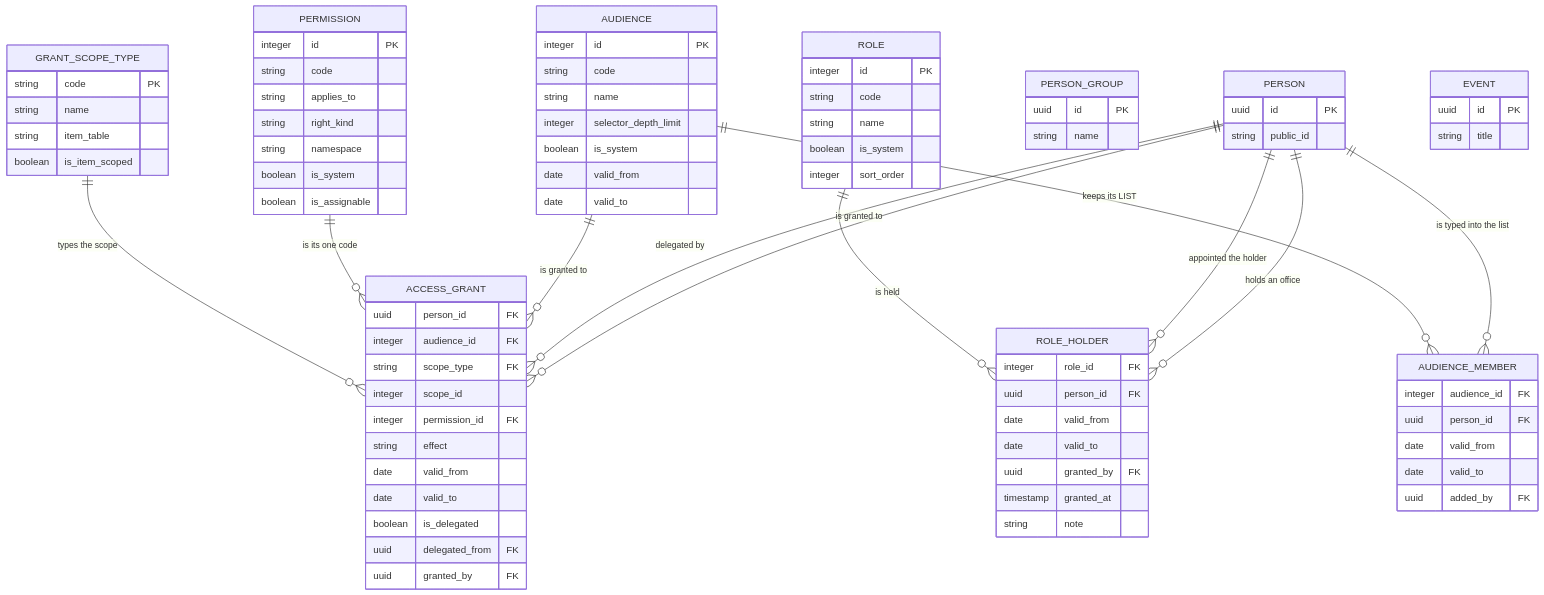
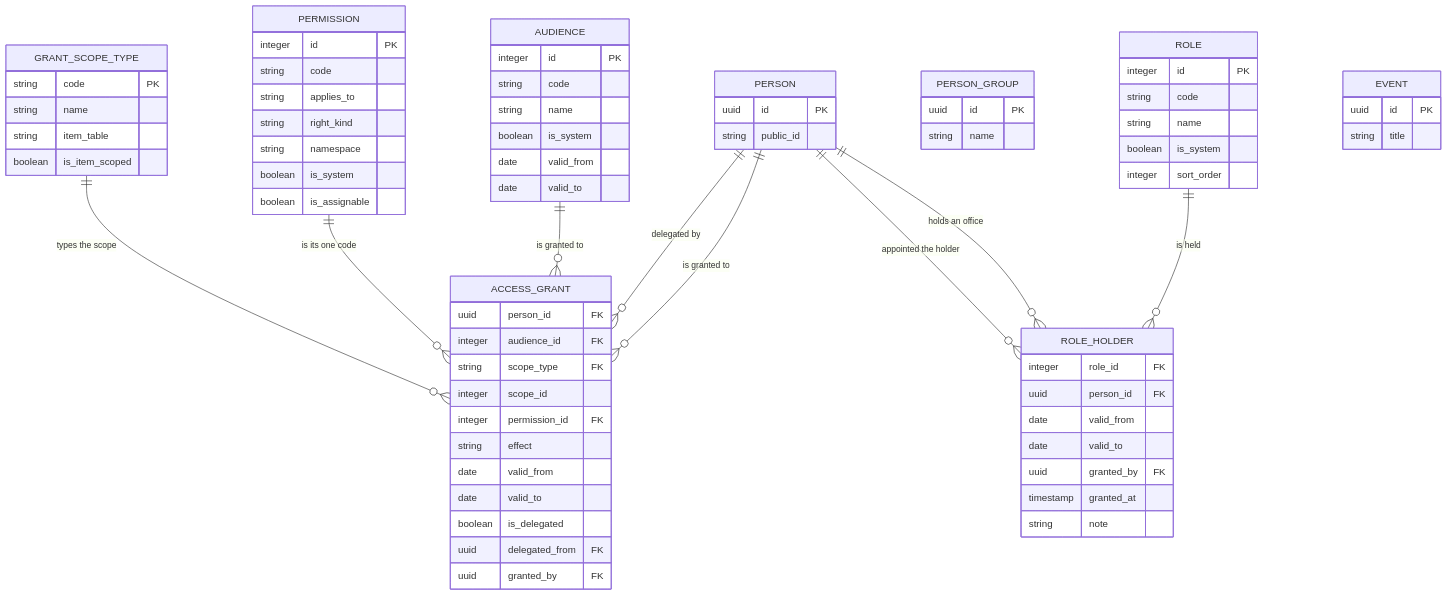
The sixth of 8 diagrams in docs/appendix/erd.md (azduha/taborak-specification), drawn with Mermaid before and after one commit. The commit also changed other lines of this file and 12 other files, not shown here.

````diff
--- a/docs/appendix/erd.md
+++ b/docs/appendix/erd.md
@@ -585,17 +586,9 @@
         integer id PK
         string code
         string name
-        integer selector_depth_limit
         boolean is_system
         date valid_from
         date valid_to
-    }
-    AUDIENCE_MEMBER {
-        integer audience_id FK
-        uuid person_id FK
-        date valid_from
-        date valid_to
-        uuid added_by FK
     }
     PERSON_GROUP {
         uuid id PK
@@ -617,6 +610,4 @@
     AUDIENCE ||--o{ ACCESS_GRANT : "is granted to"
     PERMISSION ||--o{ ACCESS_GRANT : "is its one code"
     GRANT_SCOPE_TYPE ||--o{ ACCESS_GRANT : "types the scope"
-    PERSON ||--o{ AUDIENCE_MEMBER : "is typed into the list"
-    AUDIENCE ||--o{ AUDIENCE_MEMBER : "keeps its LIST"
 ```
````
